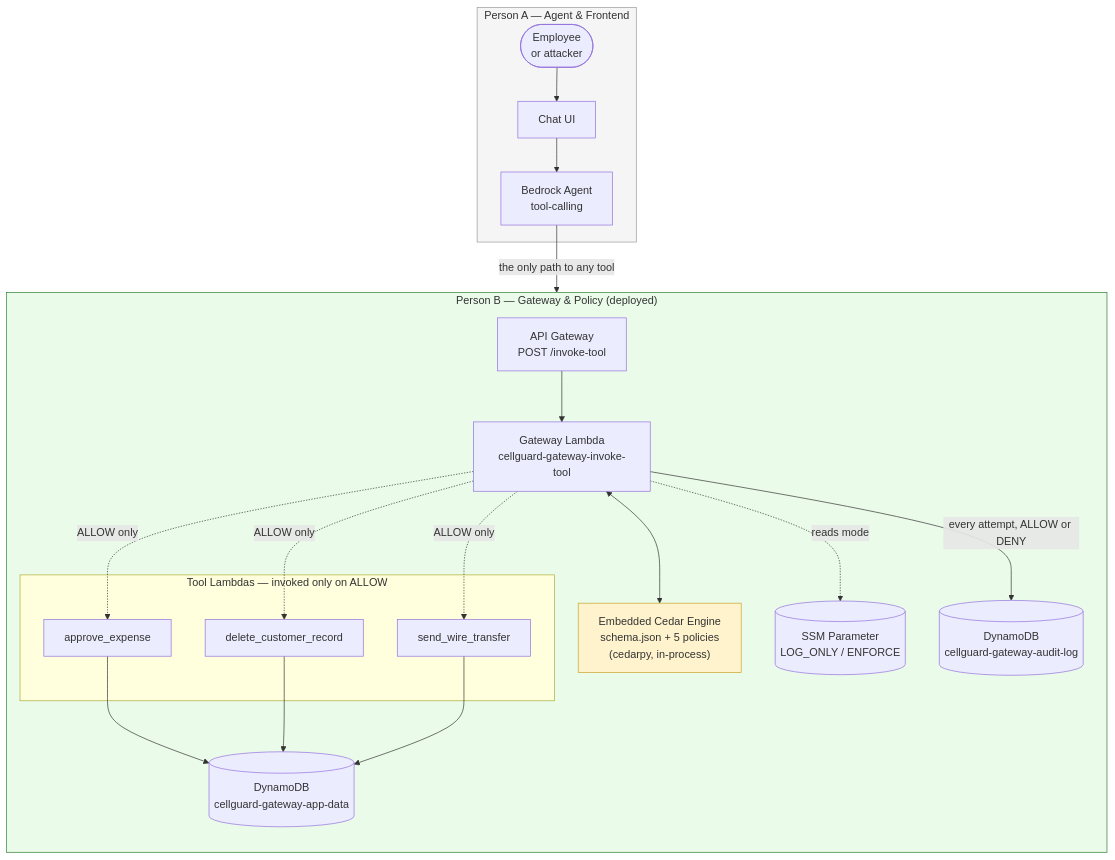
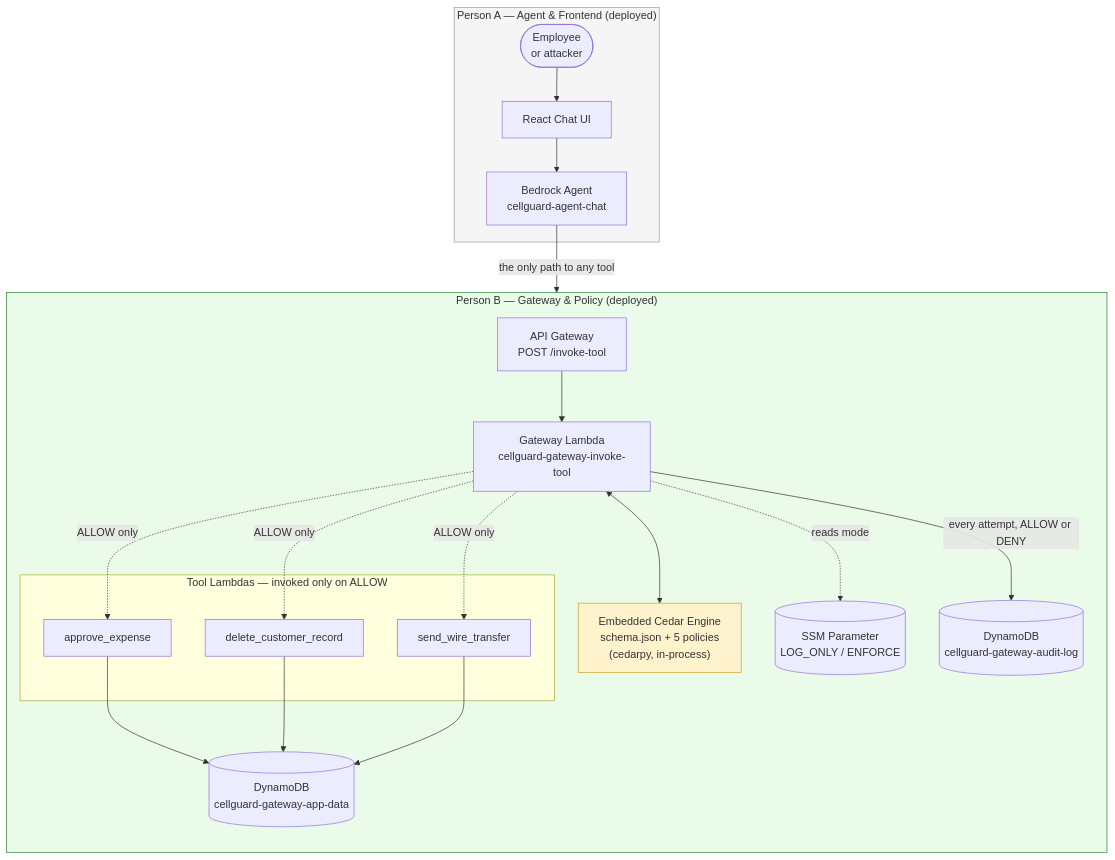
Before and after one commit to BugHunterX2101/cell-guard: the second of 3 diagrams in README.md, drawn with Mermaid. The commit also changed other lines of this file and 24 other files, not shown here.

````diff
--- a/README.md
+++ b/README.md
@@ -56,45 +56,45 @@
 ```mermaid
 flowchart TB
-    subgraph Client["Person A — Agent & Frontend"]
+    subgraph Client["Person A — Agent & Frontend  (deployed)"]
         User(["Employee<br/>or attacker"])
-        UI["Chat UI"]
-        Agent["Bedrock Agent<br/>tool-calling"]
+        UI["React Chat UI"]
+        Agent["Bedrock Agent<br/>cellguard-agent-chat"]
         User --> UI --> Agent
     end
 
     subgraph Gateway["Person B — Gateway & Policy  (deployed)"]
         direction TB
         APIGW["API Gateway<br/>POST /invoke-tool"]
         GWFn["Gateway Lambda<br/>cellguard-gateway-invoke-tool"]
         Cedar["Embedded Cedar Engine<br/>schema.json + 5 policies<br/>(cedarpy, in-process)"]
         Mode[("SSM Parameter<br/>LOG_ONLY / ENFORCE")]
 
         APIGW --> GWFn
         GWFn <--> Cedar
         GWFn -.->|reads mode| Mode
 
         subgraph Tools["Tool Lambdas — invoked only on ALLOW"]
             T1["approve_expense"]
             T2["delete_customer_record"]
             T3["send_wire_transfer"]
         end
 
         GWFn -.->|ALLOW only| T1
         GWFn -.->|ALLOW only| T2
         GWFn -.->|ALLOW only| T3
 
         AppData[("DynamoDB<br/>cellguard-gateway-app-data")]
         Audit[("DynamoDB<br/>cellguard-gateway-audit-log")]
 
         T1 --> AppData
         T2 --> AppData
         T3 --> AppData
         GWFn -->|every attempt, ALLOW or DENY| Audit
     end
 
     Agent -->|"the only path to any tool"| APIGW
 
     style Gateway fill:#eafbea,stroke:#2e7d32
     style Client fill:#f5f5f5,stroke:#999
     style Cedar fill:#fff3cd,stroke:#c9a227
 ```
````
